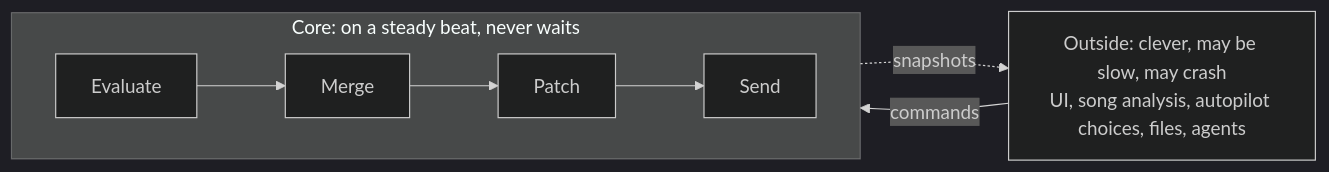
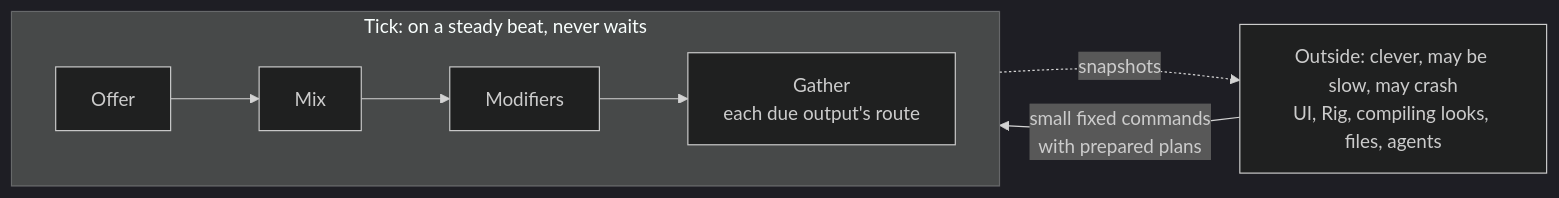
Diagram 11 of 17 in docs/design/theory.md (abossard/bossylights), drawn with Mermaid (dark theme) before and after one commit. The commit also changed other lines of this file and 17 other files, not shown here.

````diff
--- a/docs/design/theory.md
+++ b/docs/design/theory.md
@@ -184,10 +255,10 @@
 ```mermaid
 flowchart LR
-  OUTSIDE["Outside: clever, may be slow, may crash<br/>UI, song analysis, autopilot choices, files, agents"]
-  subgraph CORE["Core: on a steady beat, never waits"]
+  OUTSIDE["Outside: clever, may be slow, may crash<br/>UI, Rig, compiling looks, files, agents"]
+  subgraph CORE["Tick: on a steady beat, never waits"]
     direction LR
-    E["Evaluate"] --> M["Merge"] --> P["Patch"] --> S["Send"]
+    E["Offer"] --> M["Mix"] --> MO["Modifiers"] --> G["Gather<br/>each due output's route"]
   end
-  OUTSIDE -- "commands" --> E
-  S -. "snapshots" .-> OUTSIDE
+  OUTSIDE -- "small fixed commands<br/>with prepared plans" --> E
+  G -. "snapshots" .-> OUTSIDE
 ```
````
